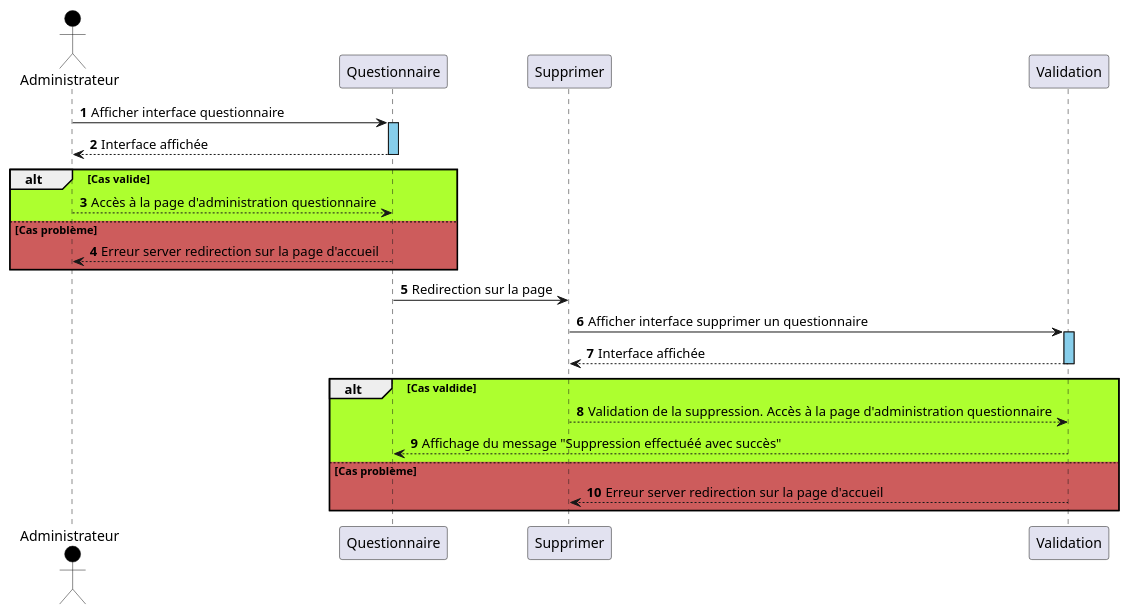
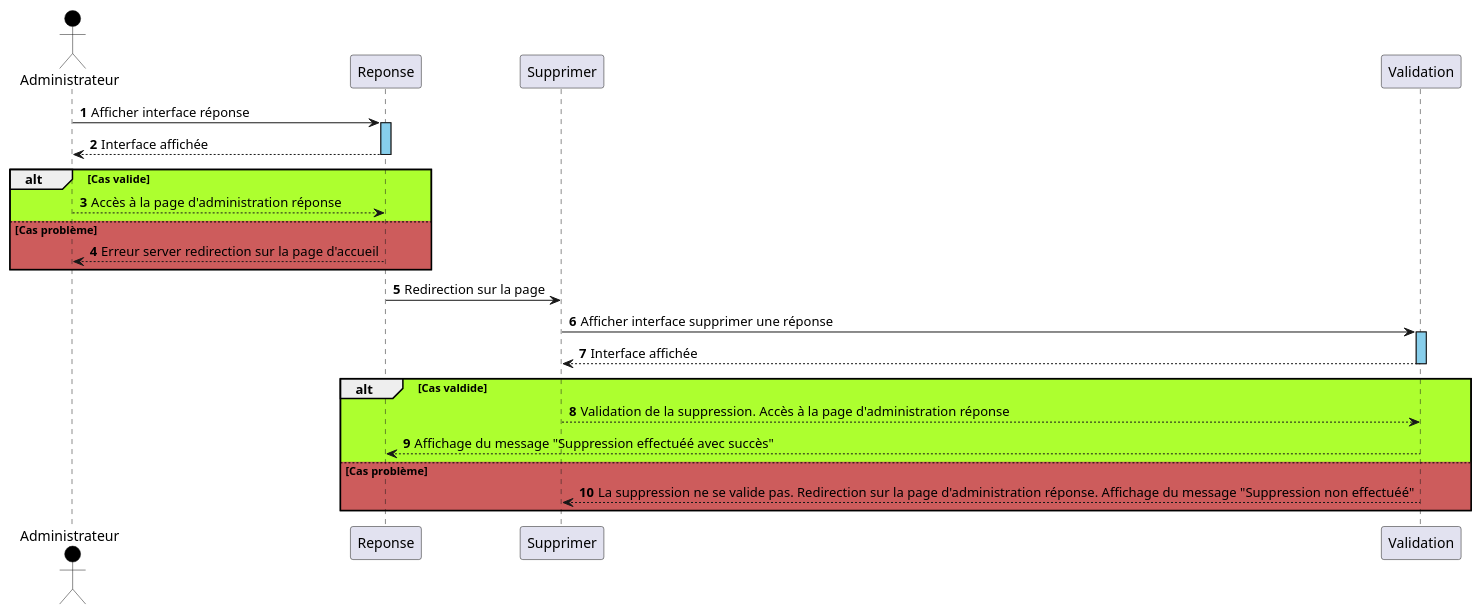
One commit to nwehla/QuidideanceTest changed the diagram in documents/analyse_uml/diagramme_de_sequence/diagramme_sequence_reponse/diagramme_sequence_supprimereponse.wsd. Above: the diagram before and after it, drawn with PlantUML. The commit also changed 1 other file, not shown here.

Commit message:
use case sequentiel reponse fait

```diff
--- a/documents/analyse_uml/diagramme_de_sequence/diagramme_sequence_reponse/diagramme_sequence_supprimereponse.wsd
+++ b/documents/analyse_uml/diagramme_de_sequence/diagramme_sequence_reponse/diagramme_sequence_supprimereponse.wsd
@@ -1,24 +1,24 @@
-@startuml supprimerquestionnaire
+@startuml supprimereponse
 autonumber 
 actor Administrateur #Black
-Administrateur -> Questionnaire : Afficher interface questionnaire
-activate Questionnaire #SkyBlue
-Questionnaire --> Administrateur : Interface affichée
-deactivate Questionnaire
+Administrateur -> Reponse : Afficher interface réponse
+activate Reponse #SkyBlue
+Reponse --> Administrateur : Interface affichée
+deactivate Reponse
 alt #GreenYellow Cas valide 
-Questionnaire <-- Administrateur : Accès à la page d'administration questionnaire
+Reponse <-- Administrateur : Accès à la page d'administration réponse
 else #IndianRed Cas problème
-Questionnaire --> Administrateur : Erreur server redirection sur la page d'accueil
+Reponse --> Administrateur : Erreur server redirection sur la page d'accueil
 end
-Questionnaire -> Supprimer : Redirection sur la page
-Supprimer -> Validation : Afficher interface supprimer un questionnaire
+Reponse -> Supprimer : Redirection sur la page
+Supprimer -> Validation : Afficher interface supprimer une réponse
 activate Validation #SkyBlue
 Validation --> Supprimer : Interface affichée
 deactivate Validation
 alt #GreenYellow Cas valdide 
-Supprimer --> Validation : Validation de la suppression. Accès à la page d'administration questionnaire
-Validation --> Questionnaire : Affichage du message "Suppression effectuéé avec succès"
+Supprimer --> Validation : Validation de la suppression. Accès à la page d'administration réponse
+Validation --> Reponse : Affichage du message "Suppression effectuéé avec succès"
 else #IndianRed Cas problème
-Supprimer <-- Validation : Erreur server redirection sur la page d'accueil
+Supprimer <-- Validation : La suppression ne se valide pas. Redirection sur la page d'administration réponse. Affichage du message "Suppression non effectuéé"
 end
 @enduml
```
